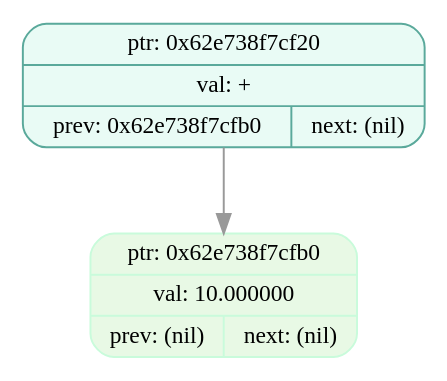
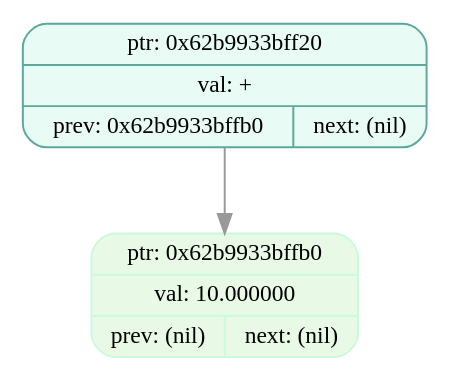
The diagram in dumps/tree_dump_001.dot (EvilTomato9890/Difference), drawn with Graphviz before and after one commit. The commit also changed 42 other files, not shown here.

```diff
--- a/dumps/tree_dump_001.dot
+++ b/dumps/tree_dump_001.dot
@@ -1,7 +1,7 @@
 digraph T{
   node [fontname="Fira Mono",shape=record,style="filled,rounded",fontsize=12];
   graph [splines=true, nodesep=0.6, ranksep=0.6];
-  node_0x62e738f7cf20[shape=record,label="{ {ptr: 0x62e738f7cf20} | {val: +} | { prev: 0x62e738f7cfb0 | next: (nil) } }",color="#5aa99b",fillcolor="#e9fbf5"];
-  node_0x62e738f7cfb0[shape=record,label="{ {ptr: 0x62e738f7cfb0} | {val: 10.000000} | { prev: (nil) | next: (nil) } }",color="#c9fbdbff",fillcolor="#e8f9e5ff"];
-  node_0x62e738f7cf20 -> node_0x62e738f7cfb0 [color="#999999"];
+  node_0x62b9933bff20[shape=record,label="{ {ptr: 0x62b9933bff20} | {val: +} | { prev: 0x62b9933bffb0 | next: (nil) } }",color="#5aa99b",fillcolor="#e9fbf5"];
+  node_0x62b9933bffb0[shape=record,label="{ {ptr: 0x62b9933bffb0} | {val: 10.000000} | { prev: (nil) | next: (nil) } }",color="#c9fbdbff",fillcolor="#e8f9e5ff"];
+  node_0x62b9933bff20 -> node_0x62b9933bffb0 [color="#999999"];
 }
```
